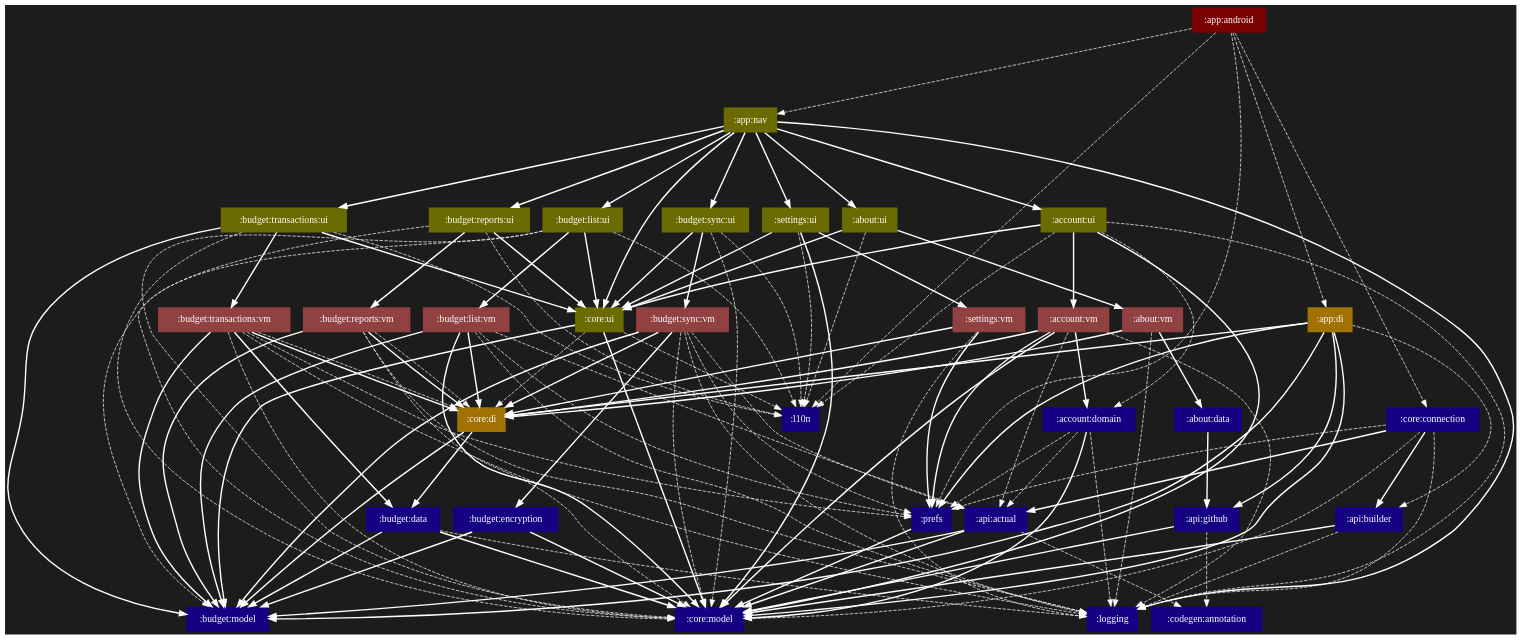
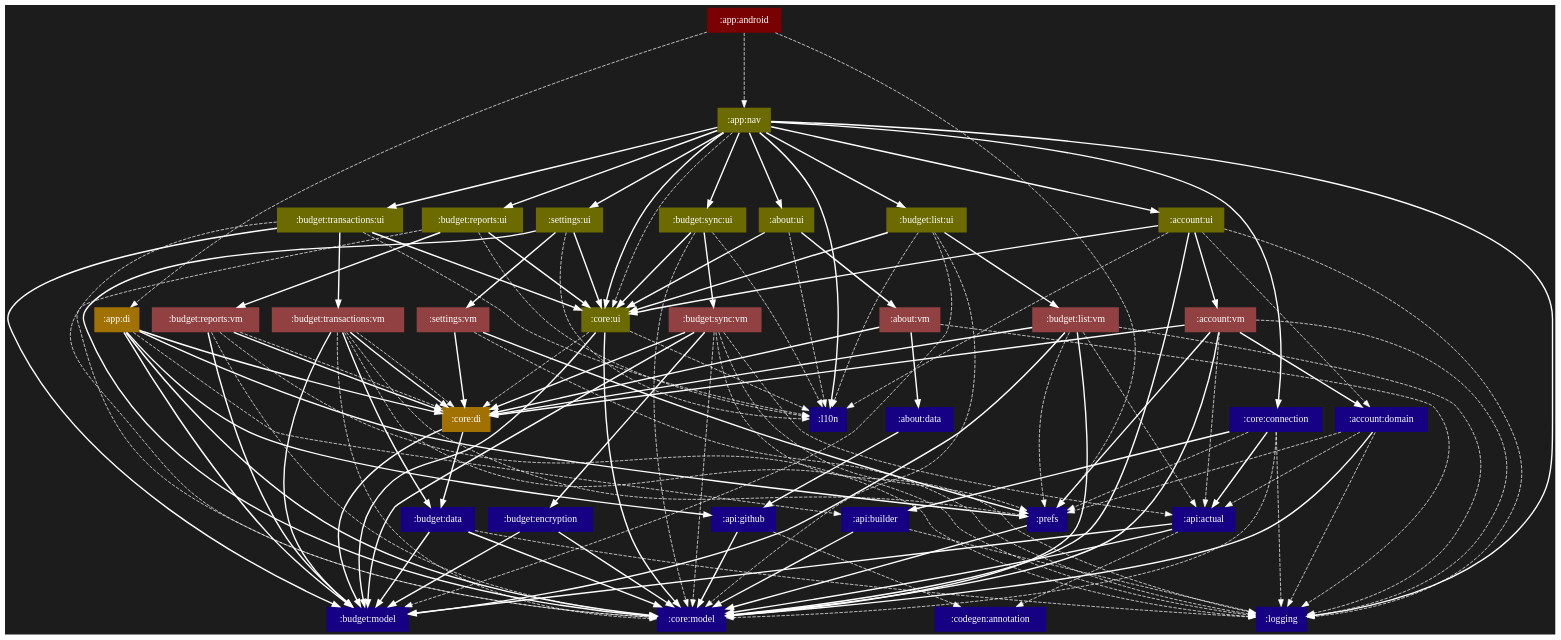
The diagram in app/android/atlas/chart.dot (jonapoul/aktual), drawn with Graphviz before and after one commit. The commit also changed 78 other files, not shown here.

```diff
--- a/app/android/atlas/chart.dot
+++ b/app/android/atlas/chart.dot
@@ -1,155 +1,156 @@
 digraph {
   edge [arrowhead="normal",color="white"]
   graph [layout="dot",bgcolor="#1c1c1c",rankdir="TB",ranksep="1.5"]
   node [shape="box",style="filled",fontcolor="white",color="transparent"]
   ":about:data" [fillcolor="#160185"]
   ":about:ui" [fillcolor="#6b6b01"]
   ":about:vm" [fillcolor="#914141"]
   ":account:domain" [fillcolor="#160185"]
   ":account:ui" [fillcolor="#6b6b01"]
   ":account:vm" [fillcolor="#914141"]
   ":api:actual" [fillcolor="#160185"]
   ":api:builder" [fillcolor="#160185"]
   ":api:github" [fillcolor="#160185"]
   ":app:android" [fillcolor="#7a0101"]
   ":app:di" [fillcolor="#a17103"]
   ":app:nav" [fillcolor="#6b6b01"]
   ":budget:data" [fillcolor="#160185"]
   ":budget:encryption" [fillcolor="#160185"]
   ":budget:list:ui" [fillcolor="#6b6b01"]
   ":budget:list:vm" [fillcolor="#914141"]
   ":budget:model" [fillcolor="#160185"]
   ":budget:reports:ui" [fillcolor="#6b6b01"]
   ":budget:reports:vm" [fillcolor="#914141"]
   ":budget:sync:ui" [fillcolor="#6b6b01"]
   ":budget:sync:vm" [fillcolor="#914141"]
   ":budget:transactions:ui" [fillcolor="#6b6b01"]
   ":budget:transactions:vm" [fillcolor="#914141"]
   ":codegen:annotation" [fillcolor="#160185"]
   ":core:connection" [fillcolor="#160185"]
   ":core:di" [fillcolor="#a17103"]
   ":core:model" [fillcolor="#160185"]
   ":core:ui" [fillcolor="#6b6b01"]
   ":l10n" [fillcolor="#160185"]
   ":logging" [fillcolor="#160185"]
   ":prefs" [fillcolor="#160185"]
   ":settings:ui" [fillcolor="#6b6b01"]
   ":settings:vm" [fillcolor="#914141"]
   ":about:data" -> ":api:github" [style="bold"]
   ":about:ui" -> ":about:vm" [style="bold"]
   ":about:ui" -> ":core:ui" [style="bold"]
   ":about:ui" -> ":l10n" [style="dashed"]
   ":about:vm" -> ":about:data" [style="bold"]
   ":about:vm" -> ":core:di" [style="bold"]
   ":about:vm" -> ":logging" [style="dashed"]
   ":account:domain" -> ":api:actual" [style="dashed"]
   ":account:domain" -> ":core:model" [style="bold"]
   ":account:domain" -> ":logging" [style="dashed"]
   ":account:domain" -> ":prefs" [style="dashed"]
   ":account:ui" -> ":account:domain" [style="dashed"]
   ":account:ui" -> ":account:vm" [style="bold"]
   ":account:ui" -> ":core:model" [style="bold"]
   ":account:ui" -> ":core:ui" [style="bold"]
   ":account:ui" -> ":l10n" [style="dashed"]
   ":account:ui" -> ":logging" [style="dashed"]
   ":account:vm" -> ":account:domain" [style="bold"]
   ":account:vm" -> ":api:actual" [style="dashed"]
   ":account:vm" -> ":core:di" [style="bold"]
   ":account:vm" -> ":core:model" [style="bold"]
   ":account:vm" -> ":logging" [style="dashed"]
   ":account:vm" -> ":prefs" [style="bold"]
   ":api:actual" -> ":budget:model" [style="bold"]
   ":api:actual" -> ":codegen:annotation" [style="dashed"]
   ":api:actual" -> ":core:model" [style="bold"]
   ":api:builder" -> ":core:model" [style="bold"]
   ":api:builder" -> ":logging" [style="dashed"]
   ":api:github" -> ":codegen:annotation" [style="dashed"]
   ":api:github" -> ":core:model" [style="bold"]
   ":app:android" -> ":app:di" [style="dashed"]
   ":app:android" -> ":app:nav" [style="dashed"]
-  ":app:android" -> ":core:connection" [style="dashed"]
-  ":app:android" -> ":l10n" [style="dashed"]
   ":app:android" -> ":prefs" [style="dashed"]
   ":app:di" -> ":api:builder" [style="dashed"]
   ":app:di" -> ":api:github" [style="bold"]
   ":app:di" -> ":budget:model" [style="bold"]
   ":app:di" -> ":core:di" [style="bold"]
   ":app:di" -> ":core:model" [style="bold"]
   ":app:di" -> ":prefs" [style="bold"]
   ":app:nav" -> ":about:ui" [style="bold"]
   ":app:nav" -> ":account:ui" [style="bold"]
   ":app:nav" -> ":budget:list:ui" [style="bold"]
   ":app:nav" -> ":budget:reports:ui" [style="bold"]
   ":app:nav" -> ":budget:sync:ui" [style="bold"]
   ":app:nav" -> ":budget:transactions:ui" [style="bold"]
+  ":app:nav" -> ":core:connection" [style="bold"]
   ":app:nav" -> ":core:ui" [style="bold"]
+  ":app:nav" -> ":core:ui" [style="dashed"]
+  ":app:nav" -> ":l10n" [style="bold"]
   ":app:nav" -> ":logging" [style="bold"]
   ":app:nav" -> ":settings:ui" [style="bold"]
   ":budget:data" -> ":budget:model" [style="bold"]
   ":budget:data" -> ":core:model" [style="bold"]
   ":budget:data" -> ":logging" [style="dashed"]
   ":budget:encryption" -> ":budget:model" [style="bold"]
   ":budget:encryption" -> ":core:model" [style="bold"]
   ":budget:list:ui" -> ":budget:list:vm" [style="bold"]
   ":budget:list:ui" -> ":budget:model" [style="dashed"]
   ":budget:list:ui" -> ":core:model" [style="dashed"]
   ":budget:list:ui" -> ":core:ui" [style="bold"]
   ":budget:list:ui" -> ":l10n" [style="dashed"]
   ":budget:list:vm" -> ":api:actual" [style="dashed"]
   ":budget:list:vm" -> ":budget:model" [style="bold"]
   ":budget:list:vm" -> ":core:di" [style="bold"]
   ":budget:list:vm" -> ":core:model" [style="bold"]
   ":budget:list:vm" -> ":logging" [style="dashed"]
   ":budget:list:vm" -> ":prefs" [style="dashed"]
   ":budget:reports:ui" -> ":budget:reports:vm" [style="bold"]
   ":budget:reports:ui" -> ":core:model" [style="dashed"]
   ":budget:reports:ui" -> ":core:ui" [style="bold"]
   ":budget:reports:ui" -> ":l10n" [style="dashed"]
   ":budget:reports:vm" -> ":budget:model" [style="bold"]
   ":budget:reports:vm" -> ":core:di" [style="bold"]
   ":budget:reports:vm" -> ":core:di" [style="dashed"]
   ":budget:reports:vm" -> ":core:model" [style="dashed"]
   ":budget:reports:vm" -> ":logging" [style="dashed"]
   ":budget:sync:ui" -> ":budget:sync:vm" [style="bold"]
   ":budget:sync:ui" -> ":core:model" [style="dashed"]
   ":budget:sync:ui" -> ":core:ui" [style="bold"]
   ":budget:sync:ui" -> ":l10n" [style="dashed"]
   ":budget:sync:vm" -> ":api:actual" [style="dashed"]
   ":budget:sync:vm" -> ":budget:encryption" [style="bold"]
   ":budget:sync:vm" -> ":budget:model" [style="bold"]
   ":budget:sync:vm" -> ":core:di" [style="bold"]
   ":budget:sync:vm" -> ":core:model" [style="dashed"]
   ":budget:sync:vm" -> ":logging" [style="dashed"]
   ":budget:sync:vm" -> ":prefs" [style="dashed"]
   ":budget:transactions:ui" -> ":budget:model" [style="bold"]
   ":budget:transactions:ui" -> ":budget:transactions:vm" [style="bold"]
   ":budget:transactions:ui" -> ":core:model" [style="dashed"]
   ":budget:transactions:ui" -> ":core:ui" [style="bold"]
   ":budget:transactions:ui" -> ":l10n" [style="dashed"]
   ":budget:transactions:vm" -> ":budget:data" [style="bold"]
   ":budget:transactions:vm" -> ":budget:model" [style="bold"]
   ":budget:transactions:vm" -> ":core:di" [style="bold"]
   ":budget:transactions:vm" -> ":core:di" [style="dashed"]
   ":budget:transactions:vm" -> ":core:model" [style="dashed"]
   ":budget:transactions:vm" -> ":logging" [style="dashed"]
   ":budget:transactions:vm" -> ":prefs" [style="dashed"]
   ":core:connection" -> ":api:actual" [style="bold"]
   ":core:connection" -> ":api:builder" [style="bold"]
   ":core:connection" -> ":core:model" [style="dashed"]
   ":core:connection" -> ":logging" [style="dashed"]
   ":core:connection" -> ":prefs" [style="dashed"]
   ":core:di" -> ":budget:data" [style="bold"]
   ":core:di" -> ":budget:model" [style="bold"]
   ":core:ui" -> ":budget:model" [style="bold"]
   ":core:ui" -> ":core:di" [style="dashed"]
   ":core:ui" -> ":core:model" [style="bold"]
   ":core:ui" -> ":l10n" [style="dashed"]
   ":prefs" -> ":core:model" [style="bold"]
   ":settings:ui" -> ":core:model" [style="bold"]
   ":settings:ui" -> ":core:ui" [style="bold"]
   ":settings:ui" -> ":l10n" [style="dashed"]
   ":settings:ui" -> ":settings:vm" [style="bold"]
   ":settings:vm" -> ":core:di" [style="bold"]
   ":settings:vm" -> ":logging" [style="dashed"]
   ":settings:vm" -> ":prefs" [style="bold"]
 }
```
